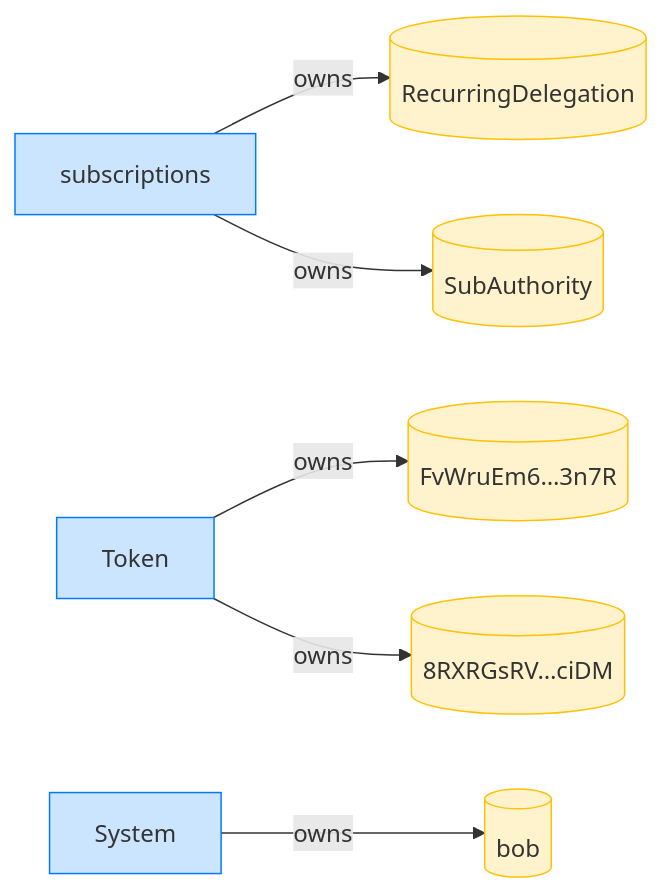
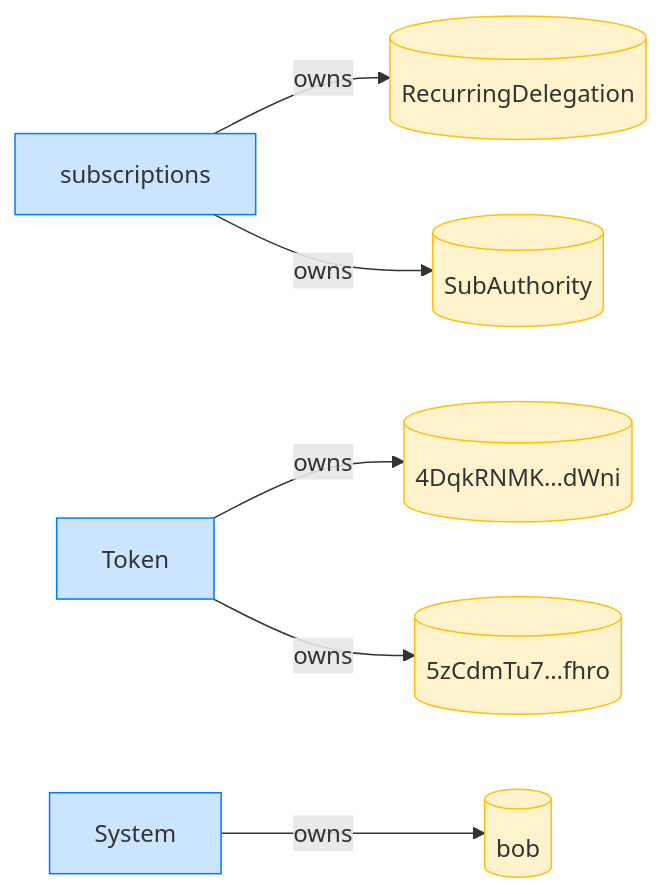
Diagram 12 of 12 in dsl_tests/recurring-transfer-before-the-start-time-is-refused.md (cds-rs/subscriptions), drawn with Mermaid before and after one commit. The commit also changed other lines of this file and 224 other files, not shown here.

````diff
--- a/dsl_tests/recurring-transfer-before-the-start-time-is-refused.md
+++ b/dsl_tests/recurring-transfer-before-the-start-time-is-refused.md
@@ -256,18 +271,18 @@
 ```mermaid
 flowchart LR
     classDef owner fill:#cce5ff,stroke:#007bff;
     classDef account fill:#fff3cd,stroke:#ffc107;
     subscriptions[subscriptions]:::owner
     RecurringDelegation[(RecurringDelegation)]:::account
     SubAuthority[(SubAuthority)]:::account
     Token[Token]:::owner
-    FvWruEm6_3n7R[("FvWruEm6…3n7R")]:::account
-    8RXRGsRV_ciDM[("8RXRGsRV…ciDM")]:::account
+    4DqkRNMK_dWni[("4DqkRNMK…dWni")]:::account
+    5zCdmTu7_fhro[("5zCdmTu7…fhro")]:::account
     System[System]:::owner
     bob[(bob)]:::account
     subscriptions -->|owns| RecurringDelegation
     subscriptions -->|owns| SubAuthority
-    Token -->|owns| FvWruEm6_3n7R
-    Token -->|owns| 8RXRGsRV_ciDM
+    Token -->|owns| 4DqkRNMK_dWni
+    Token -->|owns| 5zCdmTu7_fhro
     System -->|owns| bob
 ```
````
